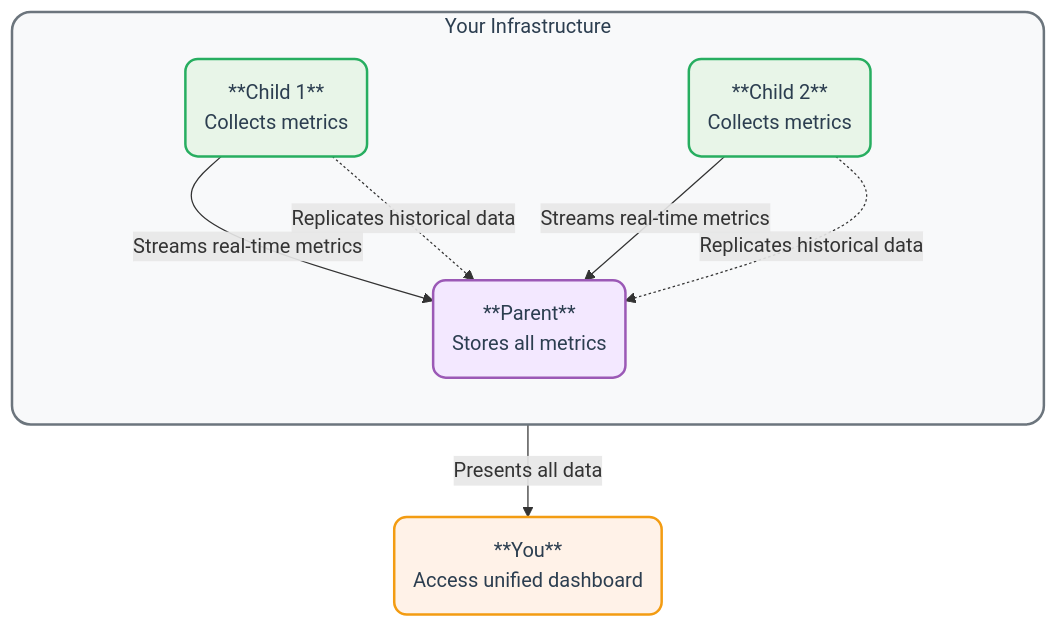
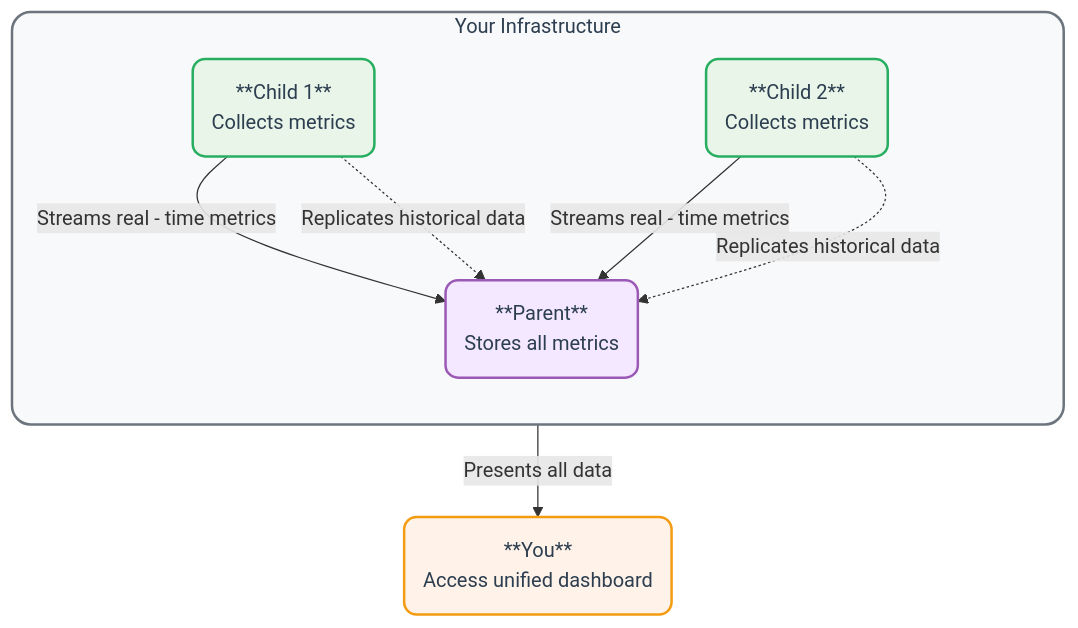
Before and after one commit to netdata/netdata: the first of 2 diagrams in src/streaming/README.md, drawn with Mermaid. The commit also changed other lines of this file and 6 other files, not shown here.

Commit message:
format, fix links and diagrams

````diff
--- a/src/streaming/README.md
+++ b/src/streaming/README.md
@@ -24,32 +24,29 @@
 ```mermaid
 flowchart TB
     subgraph infrastructure["Your Infrastructure"]
         direction TB
         C1[C1]
         C2[C2]
         P[P]
-        
         C1("**Child 1**<br/>Collects metrics")
         C2("**Child 2**<br/>Collects metrics")
         P("**Parent**<br/>Stores all metrics")
-        
-        C1 -->|Streams real-time metrics| P
+        C1 -->|Streams real - time metrics| P
         C1 -.->|Replicates historical data| P
-        C2 -->|Streams real-time metrics| P
+        C2 -->|Streams real - time metrics| P
         C2 -.->|Replicates historical data| P
     end
-    
+
     U[U]
     U("**You**<br/>Access unified dashboard")
     P -->|Presents all data| U
-    
-    classDef child fill:#e8f5e8,stroke:#27ae60,stroke-width:2px,color:#2c3e50,rx:10,ry:10
-    classDef parent fill:#f3e8ff,stroke:#9b59b6,stroke-width:2px,color:#2c3e50,rx:10,ry:10
-    classDef user fill:#fff2e8,stroke:#f39c12,stroke-width:2px,color:#2c3e50,rx:10,ry:10
-    classDef subgraphStyle fill:#f8f9fa,stroke:#6c757d,stroke-width:2px,color:#2c3e50,rx:15,ry:15
-    
-    class C1,C2 child
+    classDef child fill: #e8f5e8, stroke: #27ae60, stroke-width: 2px, color: #2c3e50, rx: 10, ry: 10
+    classDef parent fill: #f3e8ff, stroke: #9b59b6, stroke-width: 2px, color: #2c3e50, rx: 10, ry: 10
+    classDef user fill: #fff2e8, stroke: #f39c12, stroke-width: 2px, color: #2c3e50, rx: 10, ry: 10
+    classDef subgraphStyle fill: #f8f9fa, stroke: #6c757d, stroke-width: 2px, color: #2c3e50, rx: 15, ry: 15
+    class C1 child
+    class C2 child
     class P parent
     class U user
     class infrastructure subgraphStyle
 ```
````
